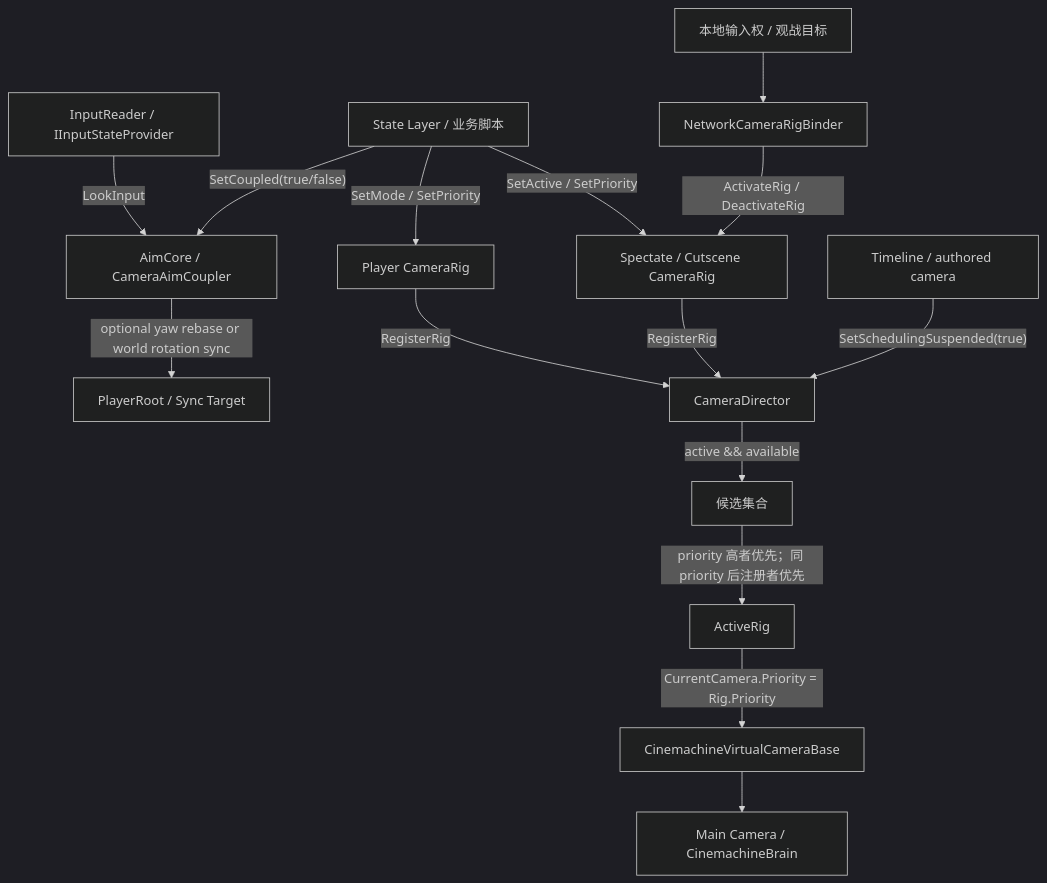
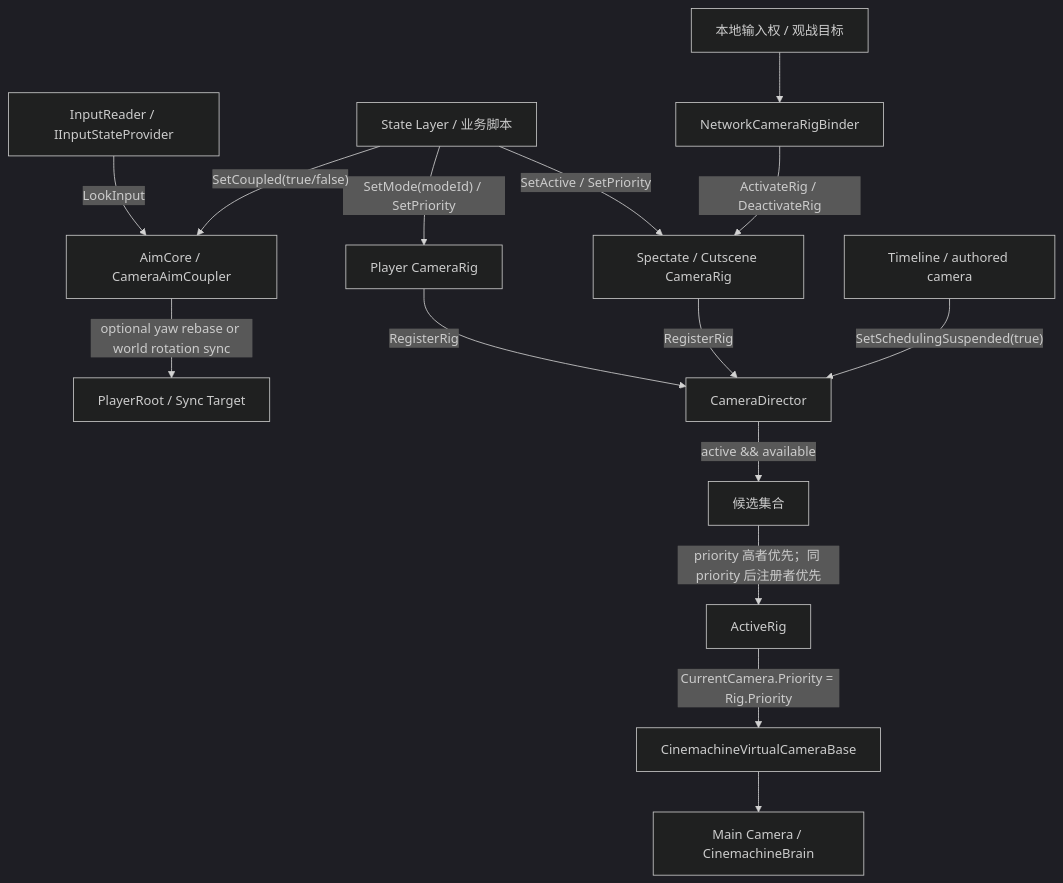
Before and after one commit to YunXEE/CoCoFlow: the diagram in Docs/Module-Camera.md, drawn with Mermaid (dark theme). The commit also changed other lines of this file and 5 other files, not shown here.

````diff
--- a/Docs/Module-Camera.md
+++ b/Docs/Module-Camera.md
@@ -17,21 +17,21 @@
 ```mermaid
 flowchart TD
   Input["InputReader / IInputStateProvider"] -->|"LookInput"| AimCore["AimCore / CameraAimCoupler"]
-  State["State Layer / 业务脚本"] -->|"SetMode / SetPriority"| PlayerRig["Player CameraRig"]
+  State["State Layer / 业务脚本"] -->|"SetMode(modeId) / SetPriority"| PlayerRig["Player CameraRig"]
   State -->|"SetCoupled(true/false)"| AimCore
   State -->|"SetActive / SetPriority"| OtherRig["Spectate / Cutscene CameraRig"]
 
   AimCore -->|"optional yaw rebase or world rotation sync"| PlayerRoot["PlayerRoot / Sync Target"]
   PlayerRig -->|"RegisterRig"| Director["CameraDirector"]
   OtherRig -->|"RegisterRig"| Director
 
   Director -->|"active && available"| Filter["候选集合"]
   Filter -->|"priority 高者优先；同 priority 后注册者优先"| Winner["ActiveRig"]
   Winner -->|"CurrentCamera.Priority = Rig.Priority"| VCam["CinemachineVirtualCameraBase"]
   VCam --> Brain["Main Camera / CinemachineBrain"]
 
   Network["本地输入权 / 观战目标"] --> Binder["NetworkCameraRigBinder"]
   Binder -->|"ActivateRig / DeactivateRig"| OtherRig
 
   Timeline["Timeline / authored camera"] -->|"SetSchedulingSuspended(true)"| Director
 ```
````
